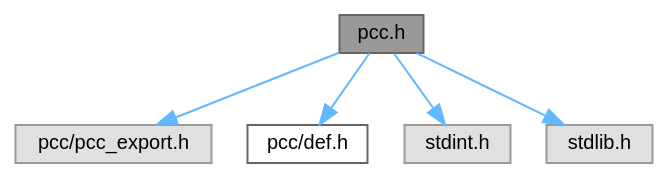
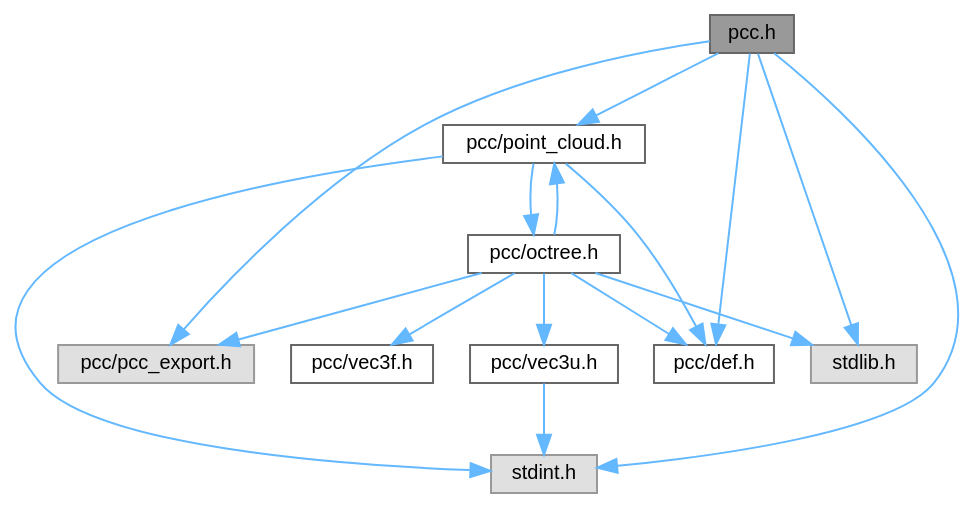
The diagram in pcc_8h__incl.dot (filrg/pcc), drawn with Graphviz before and after one commit. The commit also changed 13 other files, not shown here.

```diff
--- a/pcc_8h__incl.dot
+++ b/pcc_8h__incl.dot
@@ -1,16 +1,31 @@
 digraph "pcc.h"
 {
  // LATEX_PDF_SIZE
   bgcolor="transparent";
   edge [fontname=Helvetica,fontsize=10,labelfontname=Helvetica,labelfontsize=10];
   node [fontname=Helvetica,fontsize=10,shape=box,height=0.2,width=0.4];
   Node1 [id="Node000001",label="pcc.h",height=0.2,width=0.4,color="gray40", fillcolor="grey60", style="filled", fontcolor="black",tooltip=" "];
   Node1 -> Node2 [id="edge1_Node000001_Node000002",color="steelblue1",style="solid",tooltip=" "];
   Node2 [id="Node000002",label="pcc/pcc_export.h",height=0.2,width=0.4,color="grey60", fillcolor="#E0E0E0", style="filled",tooltip=" "];
   Node1 -> Node3 [id="edge2_Node000001_Node000003",color="steelblue1",style="solid",tooltip=" "];
   Node3 [id="Node000003",label="pcc/def.h",height=0.2,width=0.4,color="grey40", fillcolor="white", style="filled",URL="$def_8h.html",tooltip=" "];
   Node1 -> Node4 [id="edge3_Node000001_Node000004",color="steelblue1",style="solid",tooltip=" "];
-  Node4 [id="Node000004",label="stdint.h",height=0.2,width=0.4,color="grey60", fillcolor="#E0E0E0", style="filled",tooltip=" "];
-  Node1 -> Node5 [id="edge4_Node000001_Node000005",color="steelblue1",style="solid",tooltip=" "];
-  Node5 [id="Node000005",label="stdlib.h",height=0.2,width=0.4,color="grey60", fillcolor="#E0E0E0", style="filled",tooltip=" "];
+  Node4 [id="Node000004",label="pcc/point_cloud.h",height=0.2,width=0.4,color="grey40", fillcolor="white", style="filled",URL="$point__cloud_8h.html",tooltip=" "];
+  Node4 -> Node3 [id="edge4_Node000004_Node000003",color="steelblue1",style="solid",tooltip=" "];
+  Node4 -> Node5 [id="edge5_Node000004_Node000005",color="steelblue1",style="solid",tooltip=" "];
+  Node5 [id="Node000005",label="pcc/octree.h",height=0.2,width=0.4,color="grey40", fillcolor="white", style="filled",URL="$octree_8h.html",tooltip=" "];
+  Node5 -> Node3 [id="edge6_Node000005_Node000003",color="steelblue1",style="solid",tooltip=" "];
+  Node5 -> Node2 [id="edge7_Node000005_Node000002",color="steelblue1",style="solid",tooltip=" "];
+  Node5 -> Node4 [id="edge8_Node000005_Node000004",color="steelblue1",style="solid",tooltip=" "];
+  Node5 -> Node6 [id="edge9_Node000005_Node000006",color="steelblue1",style="solid",tooltip=" "];
+  Node6 [id="Node000006",label="pcc/vec3f.h",height=0.2,width=0.4,color="grey40", fillcolor="white", style="filled",URL="$vec3f_8h.html",tooltip=" "];
+  Node5 -> Node7 [id="edge10_Node000005_Node000007",color="steelblue1",style="solid",tooltip=" "];
+  Node7 [id="Node000007",label="pcc/vec3u.h",height=0.2,width=0.4,color="grey40", fillcolor="white", style="filled",URL="$vec3u_8h.html",tooltip=" "];
+  Node7 -> Node8 [id="edge11_Node000007_Node000008",color="steelblue1",style="solid",tooltip=" "];
+  Node8 [id="Node000008",label="stdint.h",height=0.2,width=0.4,color="grey60", fillcolor="#E0E0E0", style="filled",tooltip=" "];
+  Node5 -> Node9 [id="edge12_Node000005_Node000009",color="steelblue1",style="solid",tooltip=" "];
+  Node9 [id="Node000009",label="stdlib.h",height=0.2,width=0.4,color="grey60", fillcolor="#E0E0E0", style="filled",tooltip=" "];
+  Node4 -> Node8 [id="edge13_Node000004_Node000008",color="steelblue1",style="solid",tooltip=" "];
+  Node1 -> Node8 [id="edge14_Node000001_Node000008",color="steelblue1",style="solid",tooltip=" "];
+  Node1 -> Node9 [id="edge15_Node000001_Node000009",color="steelblue1",style="solid",tooltip=" "];
 }
```
